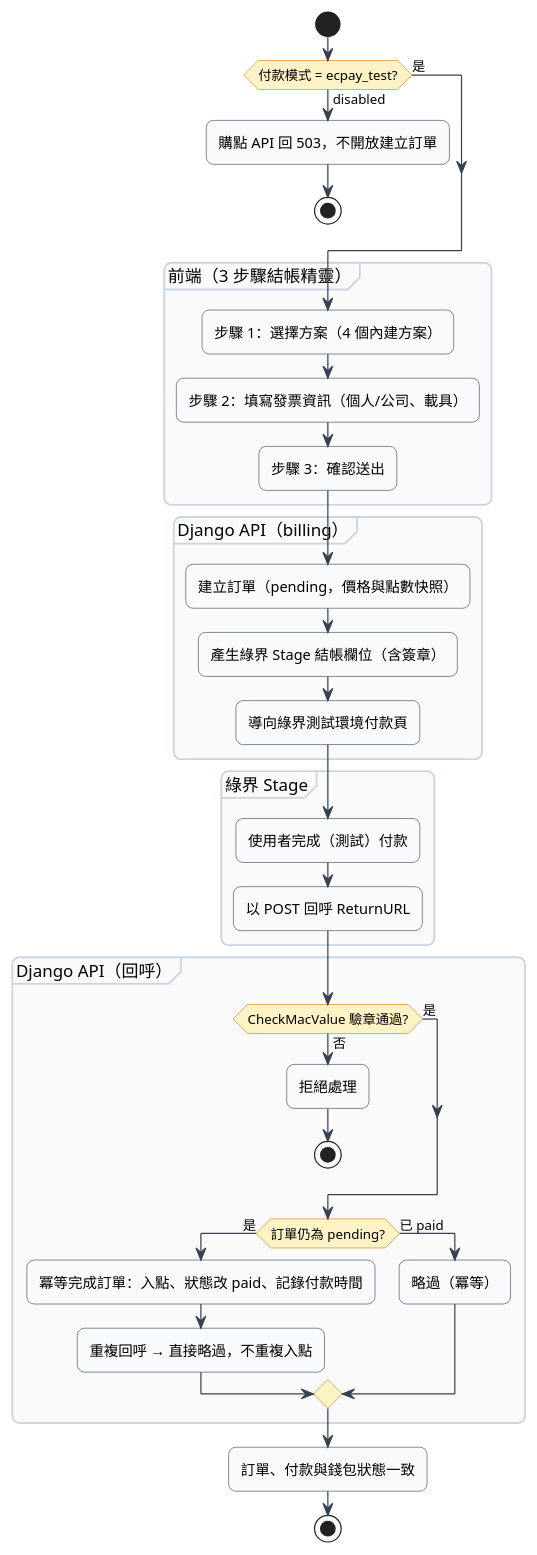
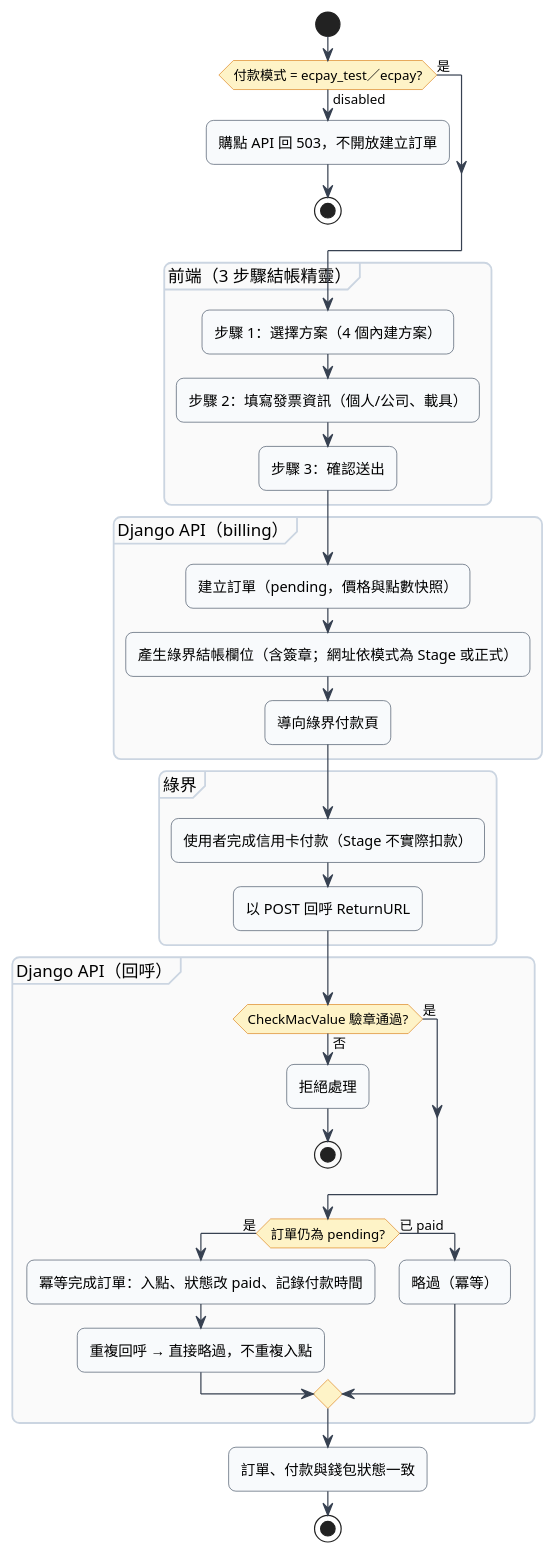
Before and after one commit to Djude1/Argus_WebsiteDiagnosticPlatform: the sixth of 25 diagrams in 專題文件生成/設計文件_圖表與成本模組.md, drawn with PlantUML. The commit also changed other lines of this file and 77 other files, not shown here.

````diff
--- a/專題文件生成/設計文件_圖表與成本模組.md
+++ b/專題文件生成/設計文件_圖表與成本模組.md
@@ -299,51 +299,51 @@
 ```plantuml
 @startuml
 skinparam defaultFontName Microsoft JhengHei
 skinparam shadowing false
 skinparam roundcorner 12
 skinparam BackgroundColor #FFFFFF
 skinparam ArrowColor #374151
 skinparam ActivityBorderColor #334155
 skinparam ActivityBackgroundColor #F8FAFC
 skinparam ActivityDiamondBackgroundColor #FEF3C7
 skinparam ActivityDiamondBorderColor #D97706
 skinparam partitionBorderColor #CBD5E1
 skinparam partitionBackgroundColor #FAFAFA
 
 start
-if (付款模式 = ecpay_test?) then (是)
+if (付款模式 = ecpay_test／ecpay?) then (是)
 else (disabled)
   :購點 API 回 503，不開放建立訂單;
   stop
 endif
 partition "前端（3 步驟結帳精靈）" {
   :步驟 1：選擇方案（4 個內建方案）;
   :步驟 2：填寫發票資訊（個人/公司、載具）;
   :步驟 3：確認送出;
 }
 partition "Django API（billing）" {
   :建立訂單（pending，價格與點數快照）;
-  :產生綠界 Stage 結帳欄位（含簽章）;
-  :導向綠界測試環境付款頁;
+  :產生綠界結帳欄位（含簽章；網址依模式為 Stage 或正式）;
+  :導向綠界付款頁;
 }
-partition "綠界 Stage" {
-  :使用者完成（測試）付款;
+partition "綠界" {
+  :使用者完成信用卡付款（Stage 不實際扣款）;
   :以 POST 回呼 ReturnURL;
 }
 partition "Django API（回呼）" {
   if (CheckMacValue 驗章通過?) then (是)
   else (否)
     :拒絕處理;
     stop
   endif
   if (訂單仍為 pending?) then (是)
     :冪等完成訂單：入點、狀態改 paid、記錄付款時間;
     :重複回呼 → 直接略過，不重複入點;
   else (已 paid)
     :略過（冪等）;
   endif
 }
 :訂單、付款與錢包狀態一致;
 stop
 @enduml
 ```
````
